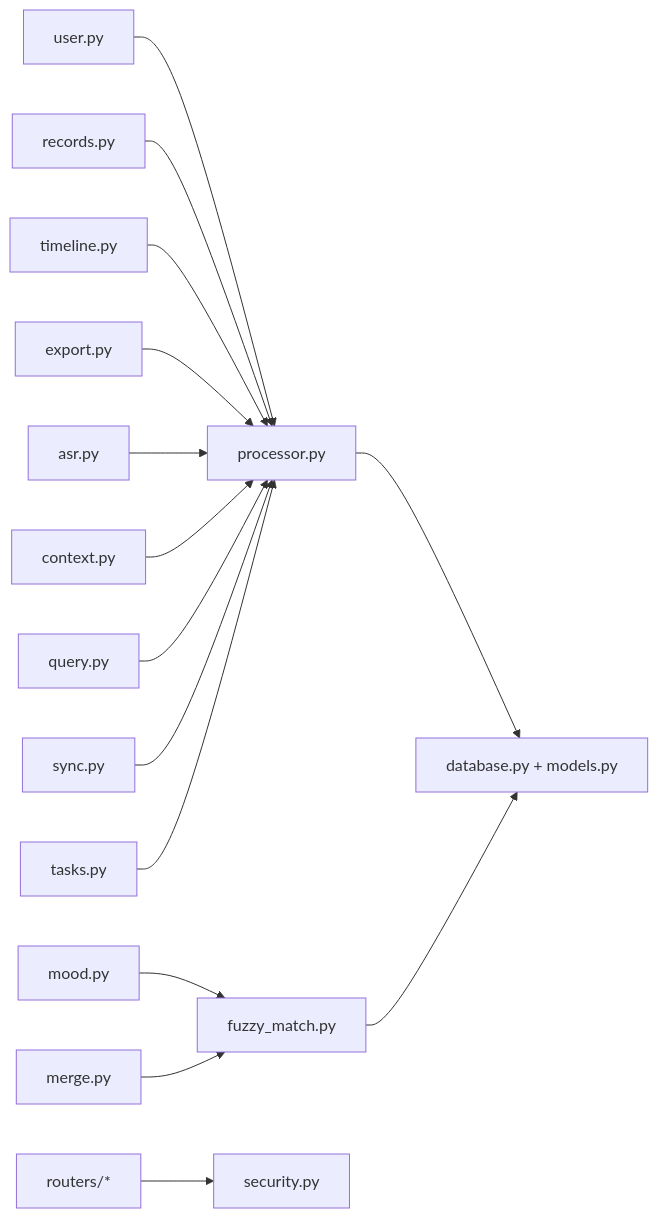
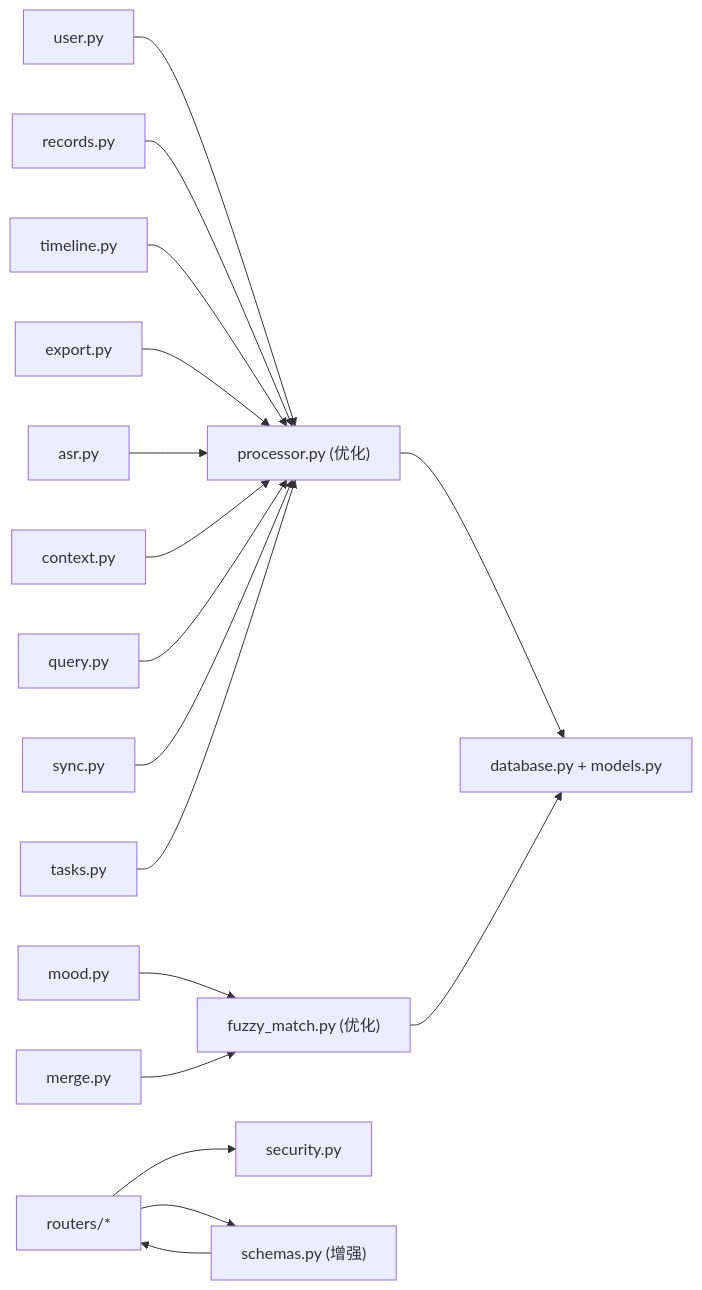
Before and after one commit to xufuyu/Lumen: the sixth of 6 diagrams in .qoder/repowiki/zh/content/后端开发/后端开发.md, drawn with Mermaid. The commit also changed other lines of this file and 43 other files, not shown here.

````diff
--- a/.qoder/repowiki/zh/content/后端开发/后端开发.md
+++ b/.qoder/repowiki/zh/content/后端开发/后端开发.md
@@ -338,17 +349,19 @@
 ```mermaid
 graph LR
-R1["user.py"] --> S1["processor.py"]
+R1["user.py"] --> S1["processor.py (优化)"]
 R2["records.py"] --> S1
 R3["timeline.py"] --> S1
 R4["export.py"] --> S1
 R5["asr.py"] --> S1
 R6["context.py"] --> S1
-R7["mood.py"] --> S2["fuzzy_match.py"]
+R7["mood.py"] --> S2["fuzzy_match.py (优化)"]
 R8["query.py"] --> S1
 R9["sync.py"] --> S1
 R10["tasks.py"] --> S1
 R11["merge.py"] --> S2
 S1 --> DB["database.py + models.py"]
 S2 --> DB
 R*["routers/*"] --> SEC["security.py"]
+R* --> SCH["schemas.py (增强)"]
+SCH --> R*
 ```
````
